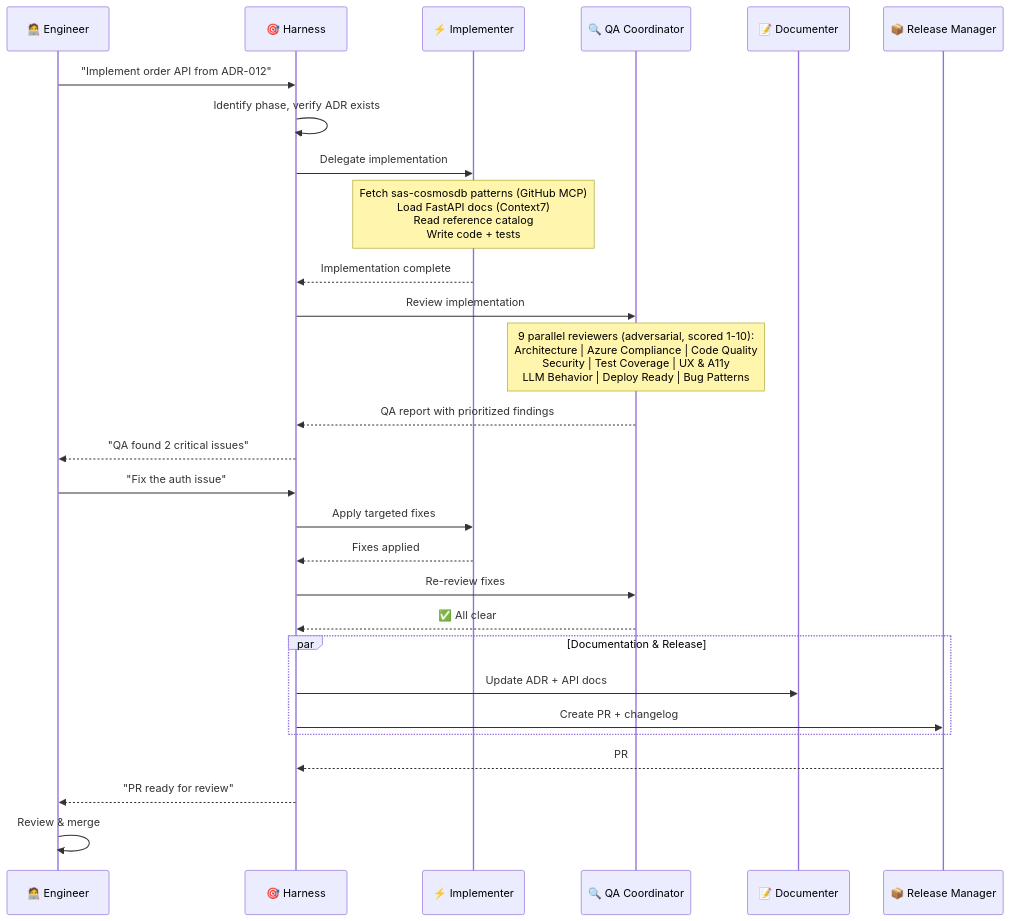
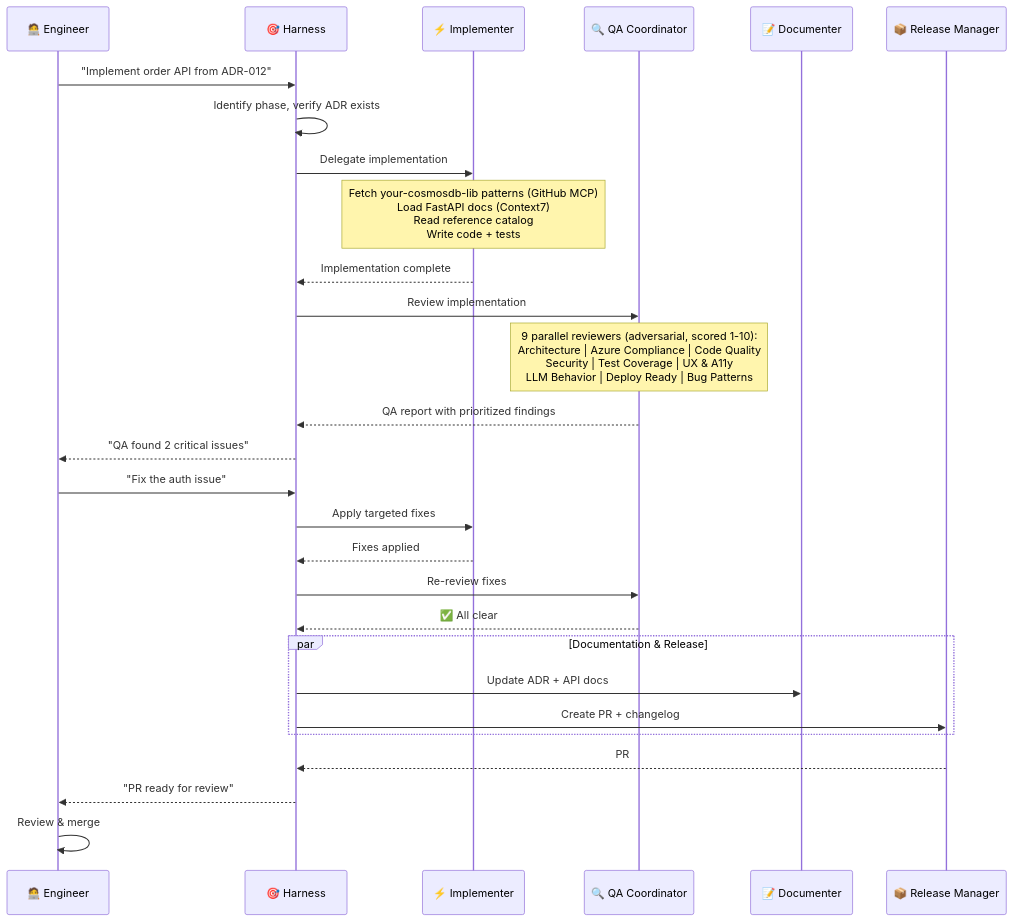
Before and after one commit to Dongbumlee/sdlc-harness: the second of 3 diagrams in README.md, drawn with Mermaid. The commit also changed other lines of this file and 63 other files, not shown here.

````diff
--- a/README.md
+++ b/README.md
@@ -330,40 +333,40 @@
  ```mermaid
  sequenceDiagram
      participant E as 🧑‍💻 Engineer
      participant C as 🎯 Harness
      participant I as ⚡ Implementer
      participant Q as 🔍 QA Coordinator
      participant D as 📝 Documenter
      participant R as 📦 Release Manager
 
      E->>C: "Implement order API from ADR-012"
      C->>C: Identify phase, verify ADR exists
      C->>I: Delegate implementation
 
-     Note over I: Fetch sas-cosmosdb patterns (GitHub MCP)<br/>Load FastAPI docs (Context7)<br/>Read reference catalog<br/>Write code + tests
+     Note over I: Fetch your-cosmosdb-lib patterns (GitHub MCP)<br/>Load FastAPI docs (Context7)<br/>Read reference catalog<br/>Write code + tests
 
      I-->>C: Implementation complete
 
      C->>Q: Review implementation
 
      Note over Q: 9 parallel reviewers (adversarial, scored 1-10):<br/>Architecture | Azure Compliance | Code Quality<br/>Security | Test Coverage | UX & A11y<br/>LLM Behavior | Deploy Ready | Bug Patterns
 
      Q-->>C: QA report with prioritized findings
      C-->>E: "QA found 2 critical issues"
 
      E->>C: "Fix the auth issue"
      C->>I: Apply targeted fixes
      I-->>C: Fixes applied
 
      C->>Q: Re-review fixes
      Q-->>C: ✅ All clear
 
      par Documentation & Release
          C->>D: Update ADR + API docs
          C->>R: Create PR + changelog
      end
 
      R-->>C: PR #42 ready
      C-->>E: "PR ready for review"
      E->>E: Review & merge
  ```
````
